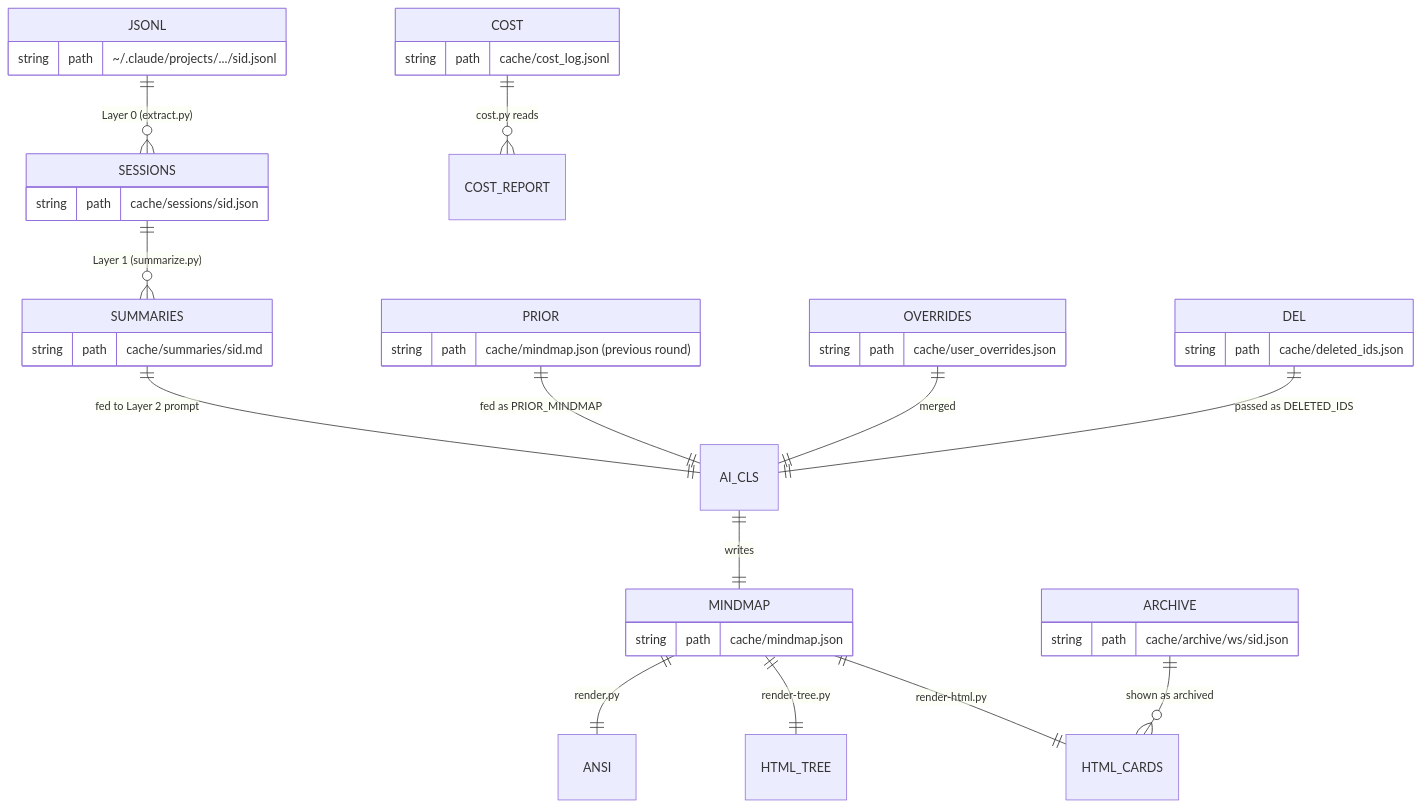
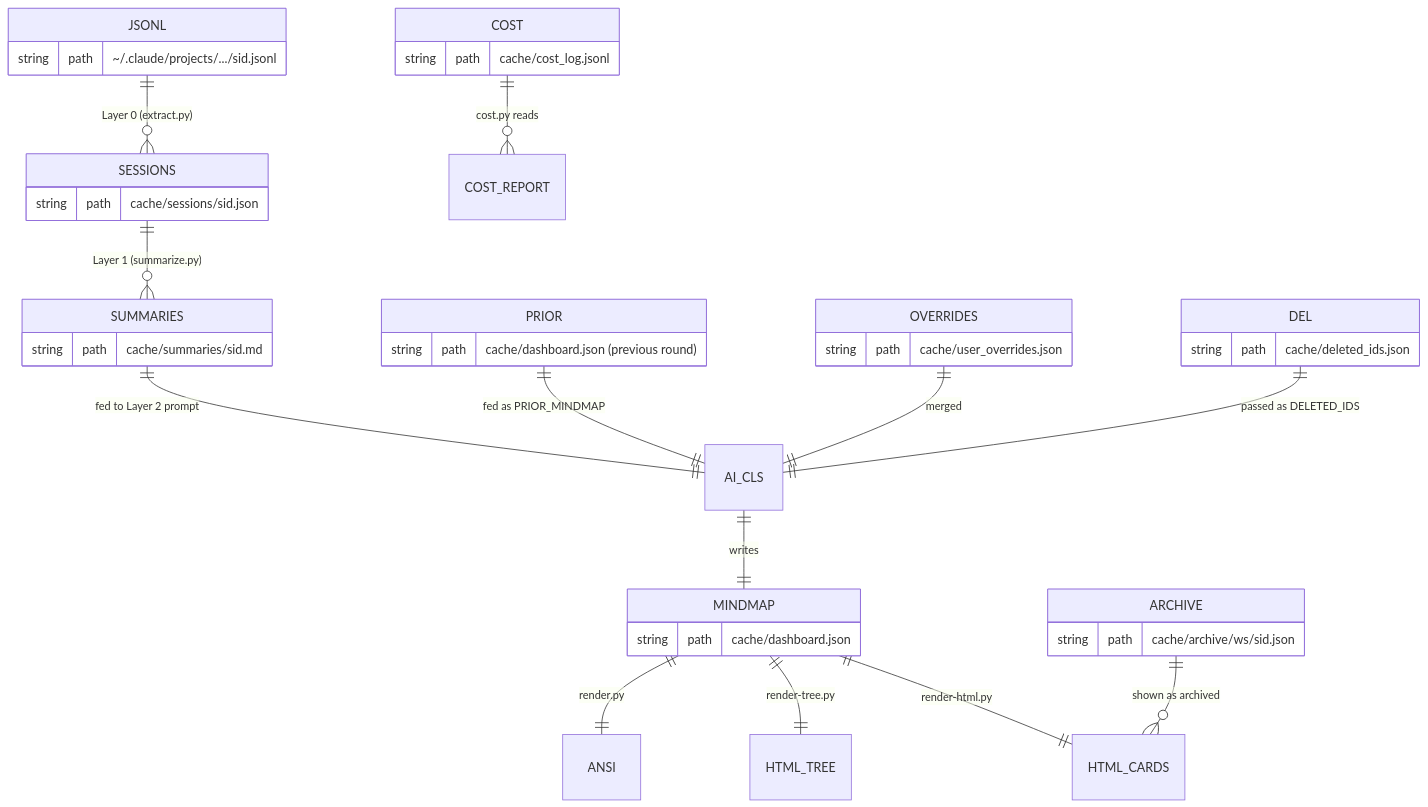
Before and after one commit to Icesource/claude-stray: the fifth of 8 diagrams in docs/ARCHITECTURE.md, drawn with Mermaid. The commit also changed other lines of this file and 24 other files, not shown here.

First line of the commit message:
docs: 全仓文档去陈旧——mindmap-- → stray--、mindmap.json/.html → dashboard.*,ARCHITECTURE/TROUBLESHOOTING 更新

````diff
--- a/docs/ARCHITECTURE.md
+++ b/docs/ARCHITECTURE.md
@@ -339,25 +344,25 @@
 ```mermaid
 erDiagram
     JSONL ||--o{ SESSIONS : "Layer 0 (extract.py)"
     SESSIONS ||--o{ SUMMARIES : "Layer 1 (summarize.py)"
     SUMMARIES ||--|| AI_CLS : "fed to Layer 2 prompt"
     PRIOR ||--|| AI_CLS : "fed as PRIOR_MINDMAP"
     OVERRIDES ||--|| AI_CLS : "merged"
     DEL ||--|| AI_CLS : "passed as DELETED_IDS"
     AI_CLS ||--|| MINDMAP : "writes"
     MINDMAP ||--|| HTML_CARDS : "render-html.py"
     MINDMAP ||--|| HTML_TREE : "render-tree.py"
     MINDMAP ||--|| ANSI : "render.py"
     ARCHIVE ||--o{ HTML_CARDS : "shown as archived"
     COST ||--o{ COST_REPORT : "cost.py reads"
 
     JSONL { string path "~/.claude/projects/.../sid.jsonl" }
     SESSIONS { string path "cache/sessions/sid.json" }
     SUMMARIES { string path "cache/summaries/sid.md" }
-    PRIOR { string path "cache/mindmap.json (previous round)" }
+    PRIOR { string path "cache/dashboard.json (previous round)" }
     DEL { string path "cache/deleted_ids.json" }
     OVERRIDES { string path "cache/user_overrides.json" }
     ARCHIVE { string path "cache/archive/ws/sid.json" }
-    MINDMAP { string path "cache/mindmap.json" }
+    MINDMAP { string path "cache/dashboard.json" }
     COST { string path "cache/cost_log.jsonl" }
 ```
````
